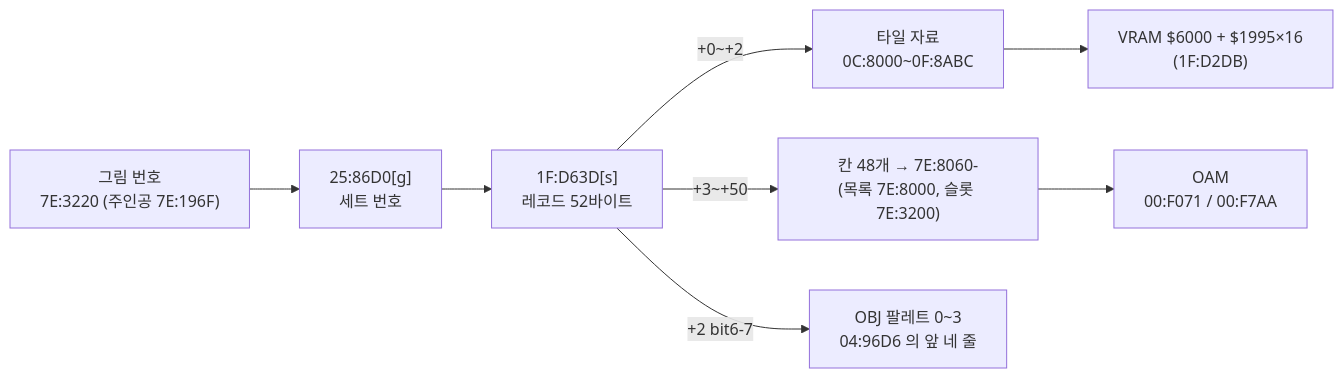
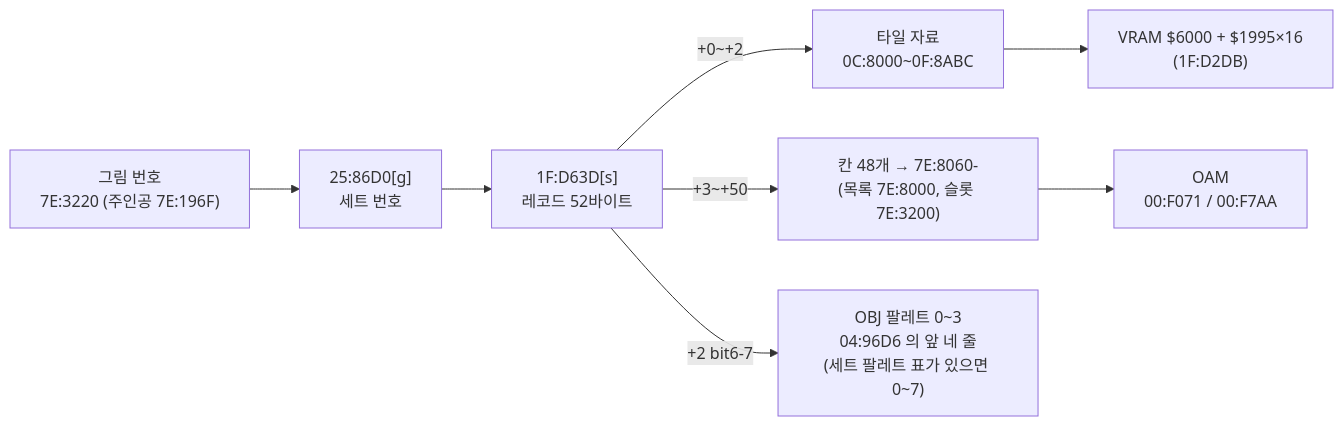
The second of 2 diagrams in sfc/dq5/docs/dq5-graphics-format.md (perfectacle/sfc-dq4), drawn with Mermaid before and after one commit. The commit also changed other lines of this file and 13 other files, not shown here.

First line of the commit message:
feat: 세트마다 OBJ 팔레트 0~7 고르기와 맵 팔레트 줄 늘리기, 맵마다 남는 OBJ 줄·VRAM 실측

````diff
--- a/sfc/dq5/docs/dq5-graphics-format.md
+++ b/sfc/dq5/docs/dq5-graphics-format.md
@@ -1067,8 +1067,8 @@
 ```mermaid
 flowchart LR
   G["그림 번호<br/>7E:3220 (주인공 7E:196F)"] --> T["25:86D0[g]<br/>세트 번호"]
   T --> P["1F:D63D[s]<br/>레코드 52바이트"]
   P -->|+0~+2| D["타일 자료<br/>0C:8000~0F:8ABC"] --> V["VRAM $6000 + $1995×16<br/>(1F:D2DB)"]
   P -->|+3~+50| C["칸 48개 → 7E:8060-<br/>(목록 7E:8000, 슬롯 7E:3200)"] --> O["OAM<br/>00:F071 / 00:F7AA"]
-  P -->|+2 bit6-7| PL["OBJ 팔레트 0~3<br/>04:96D6 의 앞 네 줄"]
+  P -->|+2 bit6-7| PL["OBJ 팔레트 0~3<br/>04:96D6 의 앞 네 줄<br/>(세트 팔레트 표가 있으면 0~7)"]
 ```
````
